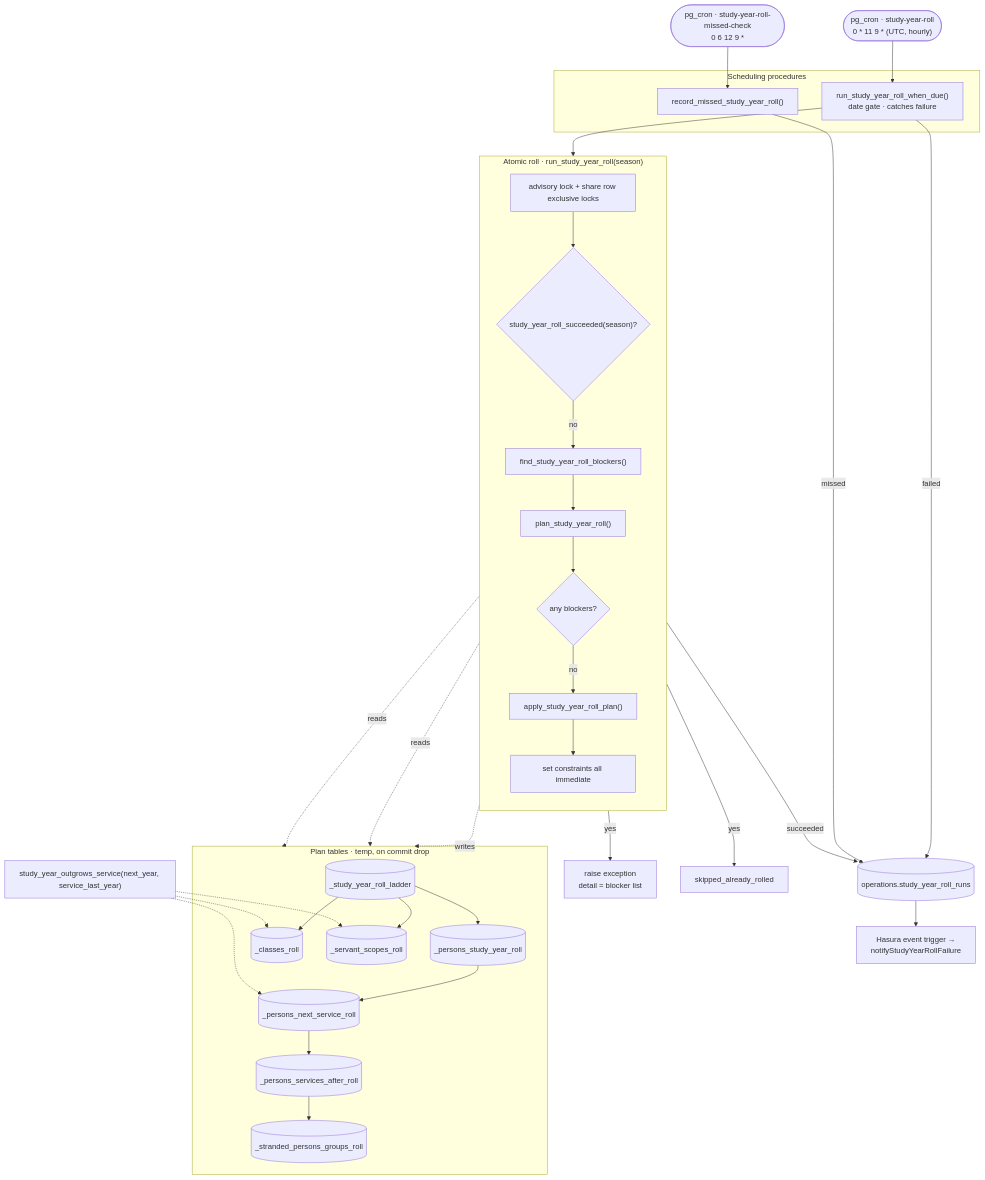
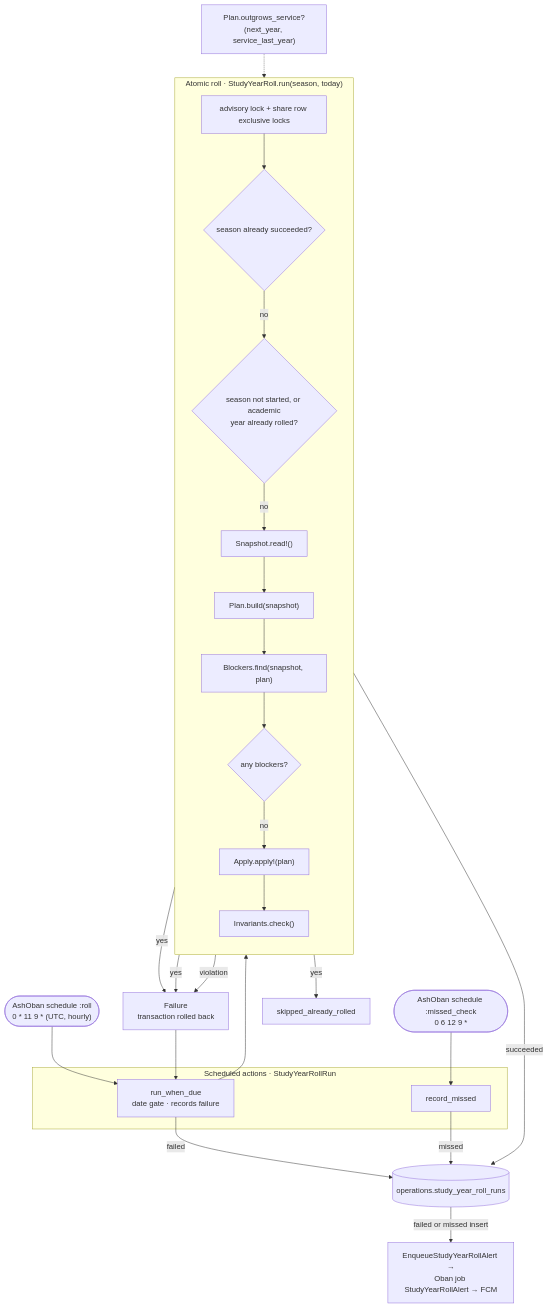
One commit to Andrew-Bekhiet/church_admin changed the diagram in docs/technical-decisions/study-year-roll.md. Above: the diagram before and after it, drawn with Mermaid. The commit also changed other lines of this file, not shown here.

Commit message:
docs(ash): describe the study-year roll as the AshOban implementation (ENG-266)

````diff
--- a/docs/technical-decisions/study-year-roll.md
+++ b/docs/technical-decisions/study-year-roll.md
@@ -9,60 +17,50 @@
 ```mermaid
 flowchart TB
-    cron_roll(["pg_cron · study-year-roll<br/>0 * 11 9 * (UTC, hourly)"])
-    cron_missed(["pg_cron · study-year-roll-missed-check<br/>0 6 12 9 *"])
+    cron_roll(["AshOban schedule :roll<br/>0 * 11 9 * (UTC, hourly)"])
+    cron_missed(["AshOban schedule :missed_check<br/>0 6 12 9 *"])
 
-    subgraph scheduling [Scheduling procedures]
-        when_due["run_study_year_roll_when_due()<br/>date gate · catches failure"]
-        missed["record_missed_study_year_roll()"]
+    subgraph scheduling [Scheduled actions · StudyYearRollRun]
+        when_due["run_when_due<br/>date gate · records failure"]
+        missed["record_missed"]
     end
 
-    subgraph roll ["Atomic roll · run_study_year_roll(season)"]
+    subgraph roll ["Atomic roll · StudyYearRoll.run(season, today)"]
         direction TB
         lock["advisory lock + share row exclusive locks"]
-        skip{"study_year_roll_succeeded(season)?"}
-        blockers["find_study_year_roll_blockers()"]
-        plan["plan_study_year_roll()"]
+        skip{"season already succeeded?"}
+        refused{"season not started, or academic<br/>year already rolled?"}
+        snapshot["Snapshot.read!()"]
+        plan["Plan.build(snapshot)"]
+        blockers["Blockers.find(snapshot, plan)"]
         blocked{"any blockers?"}
-        apply["apply_study_year_roll_plan()"]
-        constraints["set constraints all immediate"]
+        apply["Apply.apply!(plan)"]
+        invariants["Invariants.check()"]
         lock --> skip
-        skip -- no --> blockers
-        blockers --> plan
-        plan --> blocked
+        skip -- no --> refused
+        refused -- no --> snapshot
+        snapshot --> plan
+        plan --> blockers
+        blockers --> blocked
         blocked -- no --> apply
-        apply --> constraints
+        apply --> invariants
     end
 
-    subgraph tables [Plan tables · temp, on commit drop]
-        ladder[(_study_year_roll_ladder)]
-        persons[(_persons_study_year_roll)]
-        services[(_persons_next_service_roll)]
-        after[(_persons_services_after_roll)]
-        groups[(_stranded_persons_groups_roll)]
-        classes[(_classes_roll)]
-        scopes[(_servant_scopes_roll)]
-        ladder --> persons --> services --> after --> groups
-        ladder --> classes
-        ladder --> scopes
-    end
-
-    rule["study_year_outgrows_service(next_year, service_last_year)"]
+    rule["Plan.outgrows_service?(next_year, service_last_year)"]
     runs[("operations.study_year_roll_runs")]
-    notify["Hasura event trigger →<br/>notifyStudyYearRollFailure"]
+    alert["EnqueueStudyYearRollAlert →<br/>Oban job StudyYearRollAlert → FCM"]
+    fail["Failure<br/>transaction rolled back"]
 
     cron_roll --> when_due
     cron_missed --> missed
     when_due --> roll
-    plan -.writes.-> tables
-    rule -.-> services
-    rule -.-> classes
-    rule -.-> scopes
-    apply -.reads.-> tables
-    blockers -.reads.-> tables
-    constraints -- succeeded --> runs
+    rule -.-> plan
+    invariants -- succeeded --> runs
     when_due -- failed --> runs
     missed -- missed --> runs
-    blocked -- yes --> raise["raise exception<br/>detail = blocker list"]
+    refused -- yes --> fail
+    blocked -- yes --> fail
+    invariants -- violation --> fail
+    fail --> when_due
     skip -- yes --> skipped["skipped_already_rolled"]
-    runs --> notify
+    runs -- "failed or missed insert" --> alert
 ```
````
